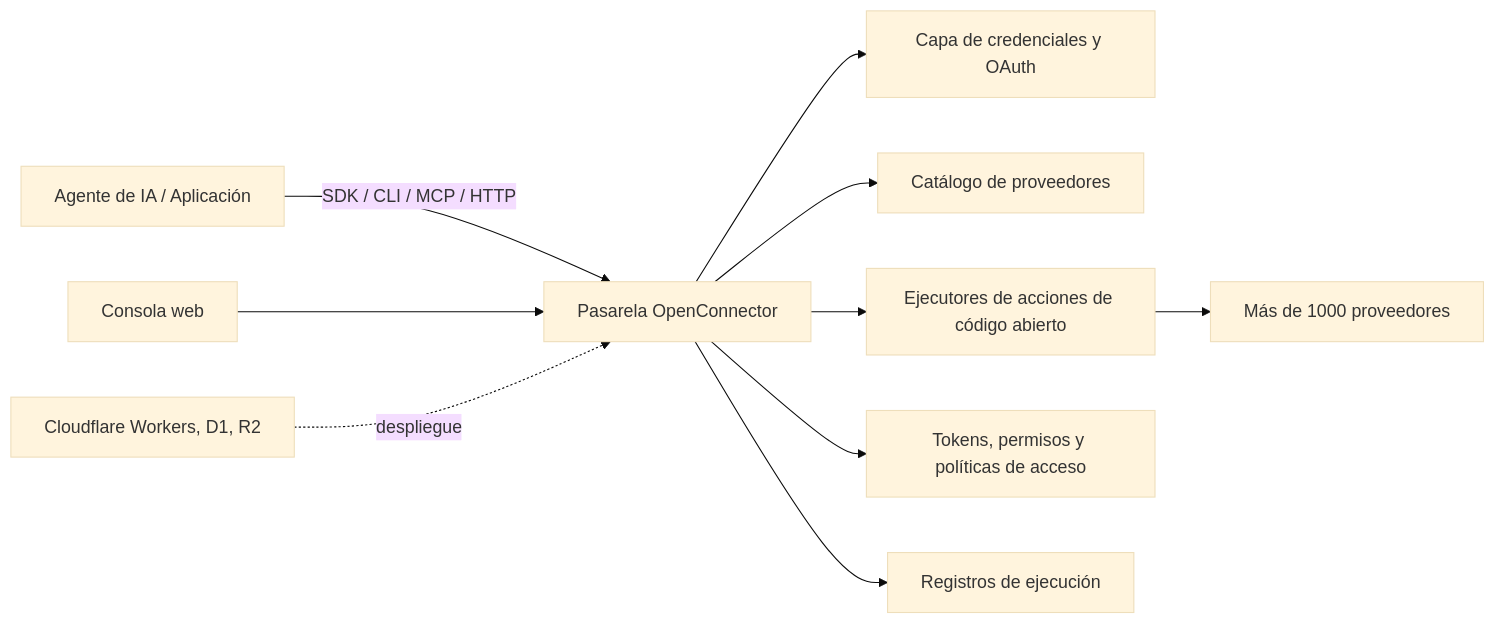
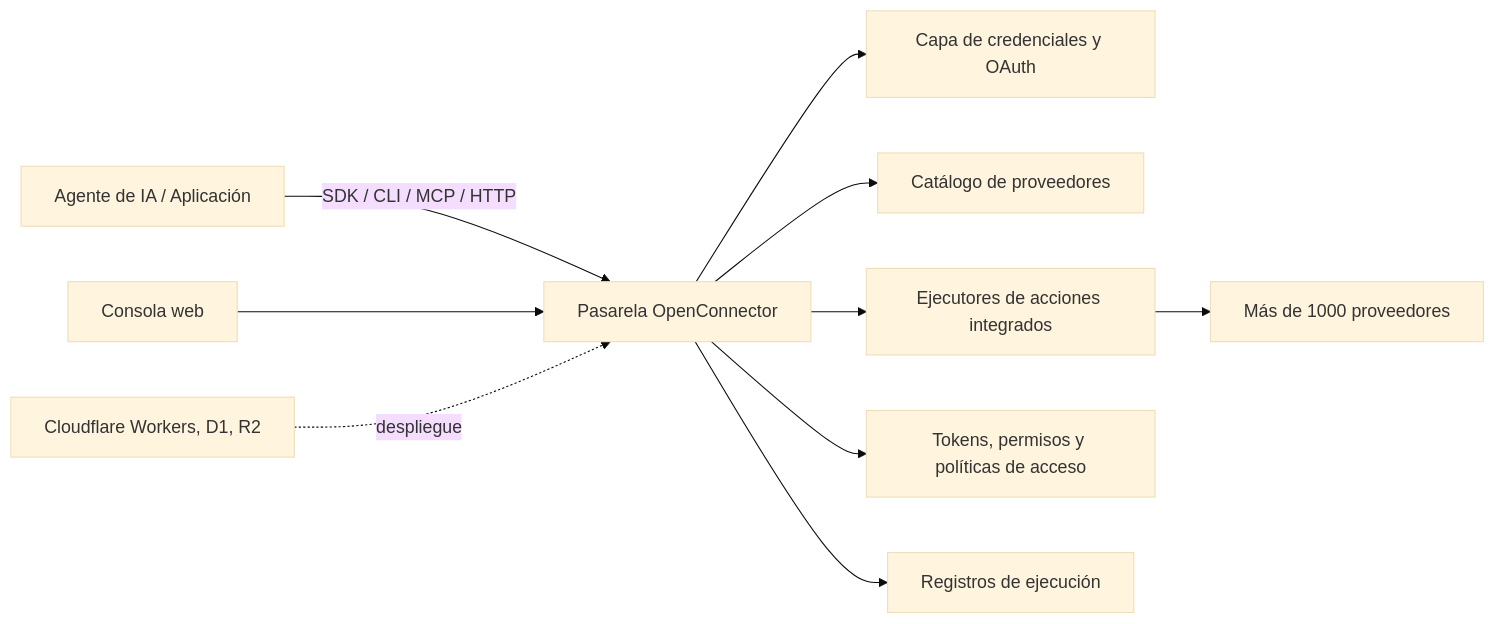
Before and after one commit to oomol-lab/open-connector: the diagram in docs/README.es.md, drawn with Mermaid (base theme). The commit also changed other lines of this file and 20 other files, not shown here.

````diff
--- a/docs/README.es.md
+++ b/docs/README.es.md
@@ -103,12 +103,12 @@
 ```mermaid
 flowchart LR
   Agent["Agente de IA / Aplicación"] -->|"SDK / CLI / MCP / HTTP"| Gateway["Pasarela OpenConnector"]
   Gateway --> Auth["Capa de credenciales y OAuth"]
   Gateway --> Catalog["Catálogo de proveedores"]
-  Gateway --> Actions["Ejecutores de acciones de código abierto"]
+  Gateway --> Actions["Ejecutores de acciones integrados"]
   Gateway --> Policy["Tokens, permisos y políticas de acceso"]
   Gateway --> Logs["Registros de ejecución"]
   Actions --> Providers["Más de 1000 proveedores"]
   Console["Consola web"] --> Gateway
   Cloudflare["Cloudflare Workers, D1, R2"] -. despliegue .-> Gateway
 ```
````
